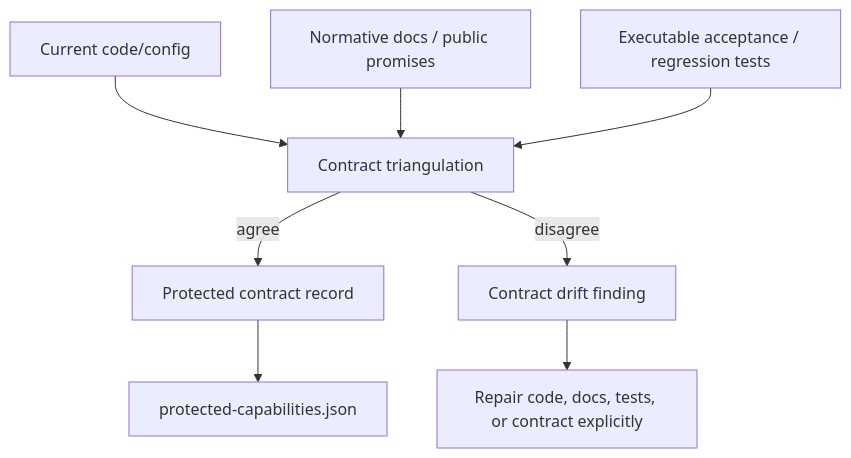
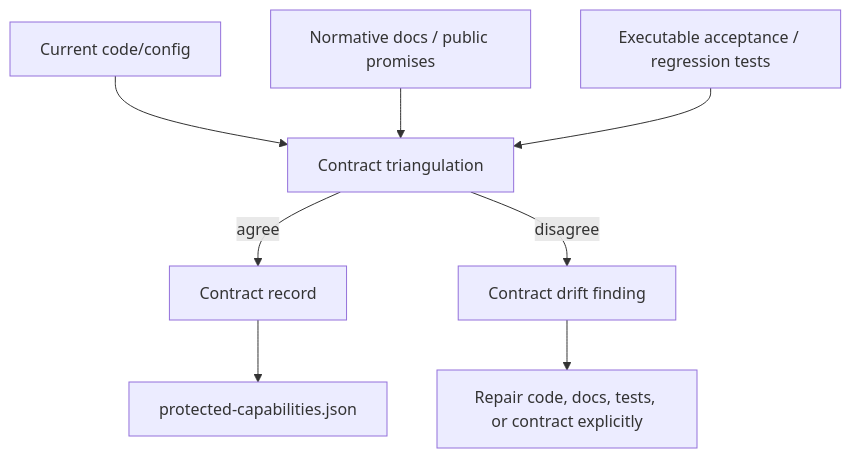
Before and after one commit to DassaultFalconKing/CodeSleuth: the second of 7 diagrams in docs/PROTECTED-CAPABILITY-CONTRACTS.md, drawn with Mermaid. The commit also changed other lines of this file and 2 other files, not shown here.

Commit message:
docs: make forbidden regressions contract-owned from creation

````diff
--- a/docs/PROTECTED-CAPABILITY-CONTRACTS.md
+++ b/docs/PROTECTED-CAPABILITY-CONTRACTS.md
@@ -74,10 +78,10 @@
 ```mermaid
 flowchart TD
     CODE[Current code/config] --> TRIAGE[Contract triangulation]
     DOCS[Normative docs / public promises] --> TRIAGE
     TESTS[Executable acceptance / regression tests] --> TRIAGE
-    TRIAGE -->|agree| CONTRACT[Protected contract record]
+    TRIAGE -->|agree| CONTRACT[Contract record]
     TRIAGE -->|disagree| DRIFT[Contract drift finding]
     CONTRACT --> MANIFEST[protected-capabilities.json]
     DRIFT --> DECISION[Repair code, docs, tests, or contract explicitly]
 ```
````
